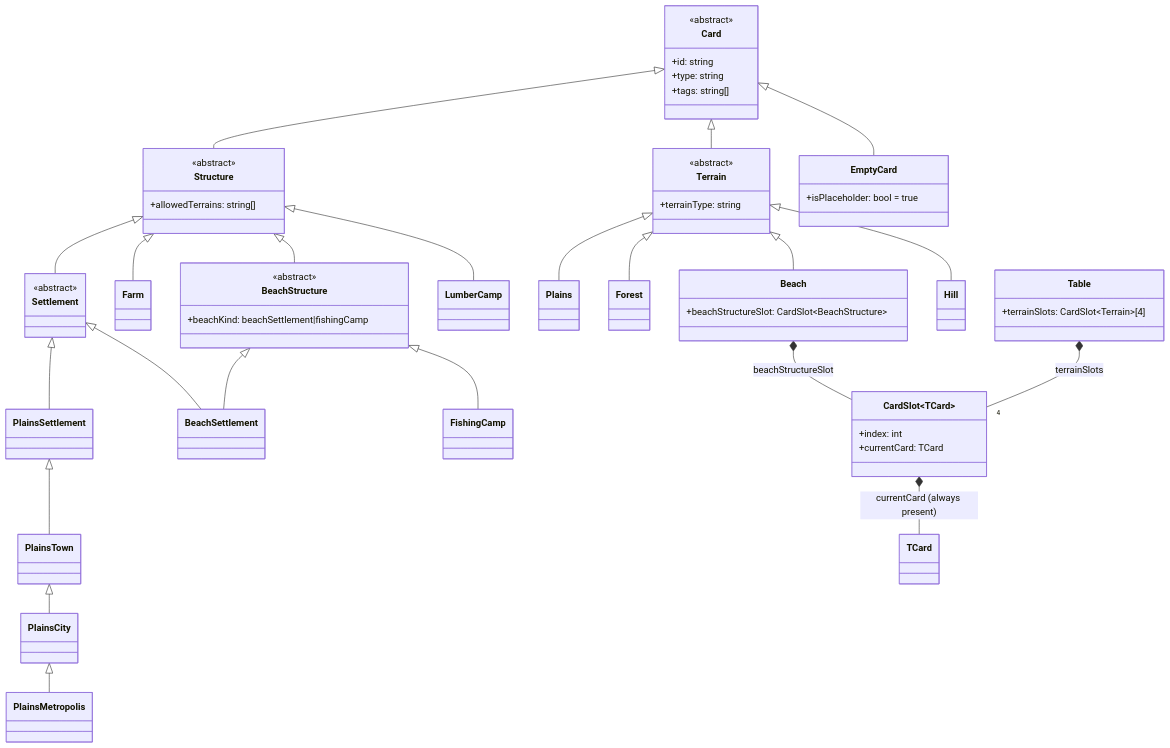
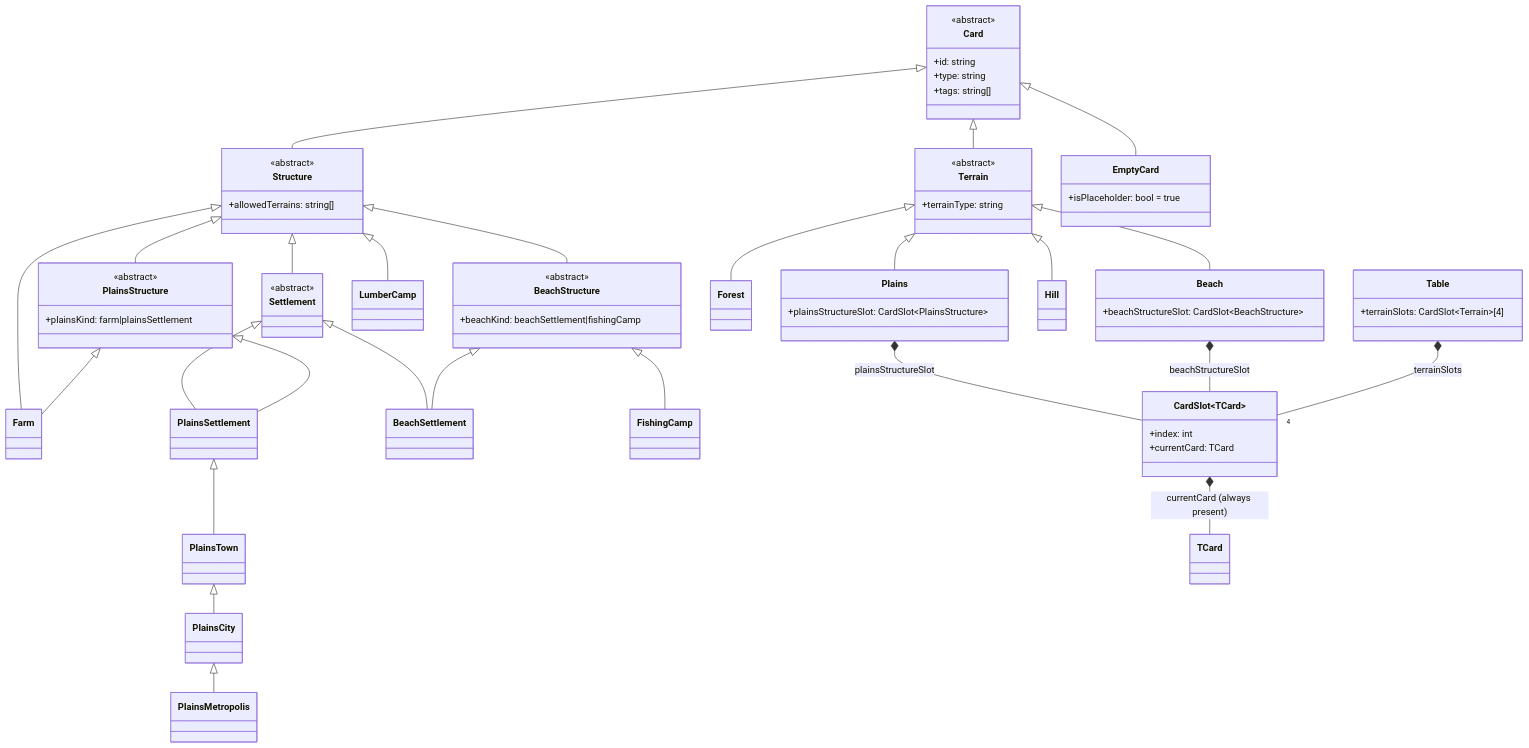
The first of 3 diagrams in StrategyGame/data-structure.md (AJosephsen/gfxer), drawn with Mermaid before and after one commit. The commit also changed other lines of this file, not shown here.

Commit message:
docs: model plains slot for farm or plains settlement

````diff
--- a/StrategyGame/data-structure.md
+++ b/StrategyGame/data-structure.md
@@ -38,6 +38,11 @@
         +beachKind: beachSettlement|fishingCamp
     }
 
+    class PlainsStructure {
+        <<abstract>>
+        +plainsKind: farm|plainsSettlement
+    }
+
     class Farm
     class Settlement {
         <<abstract>>
@@ -50,7 +55,9 @@
     class LumberCamp
     class FishingCamp
 
-    class Plains
+    class Plains {
+        +plainsStructureSlot: CardSlot~PlainsStructure~
+    }
     class Forest
     class Beach {
         +beachStructureSlot: CardSlot~BeachStructure~
@@ -74,9 +81,12 @@
     Card <|-- Terrain
     Card <|-- Structure
     Structure <|-- BeachStructure
+    Structure <|-- PlainsStructure
     Structure <|-- Farm
     Structure <|-- Settlement
+    PlainsStructure <|-- Farm
     Settlement <|-- PlainsSettlement
+    PlainsStructure <|-- PlainsSettlement
     PlainsSettlement <|-- PlainsTown
     PlainsTown <|-- PlainsCity
     PlainsCity <|-- PlainsMetropolis
@@ -89,6 +99,7 @@
     Terrain <|-- Beach
     Terrain <|-- Hill
     CardSlot~TCard~ *-- TCard : currentCard (always present)
+    Plains *-- CardSlot~PlainsStructure~ : plainsStructureSlot
     Beach *-- CardSlot~BeachStructure~ : beachStructureSlot
     Table *-- "4" CardSlot~Terrain~ : terrainSlots
 ```
````
